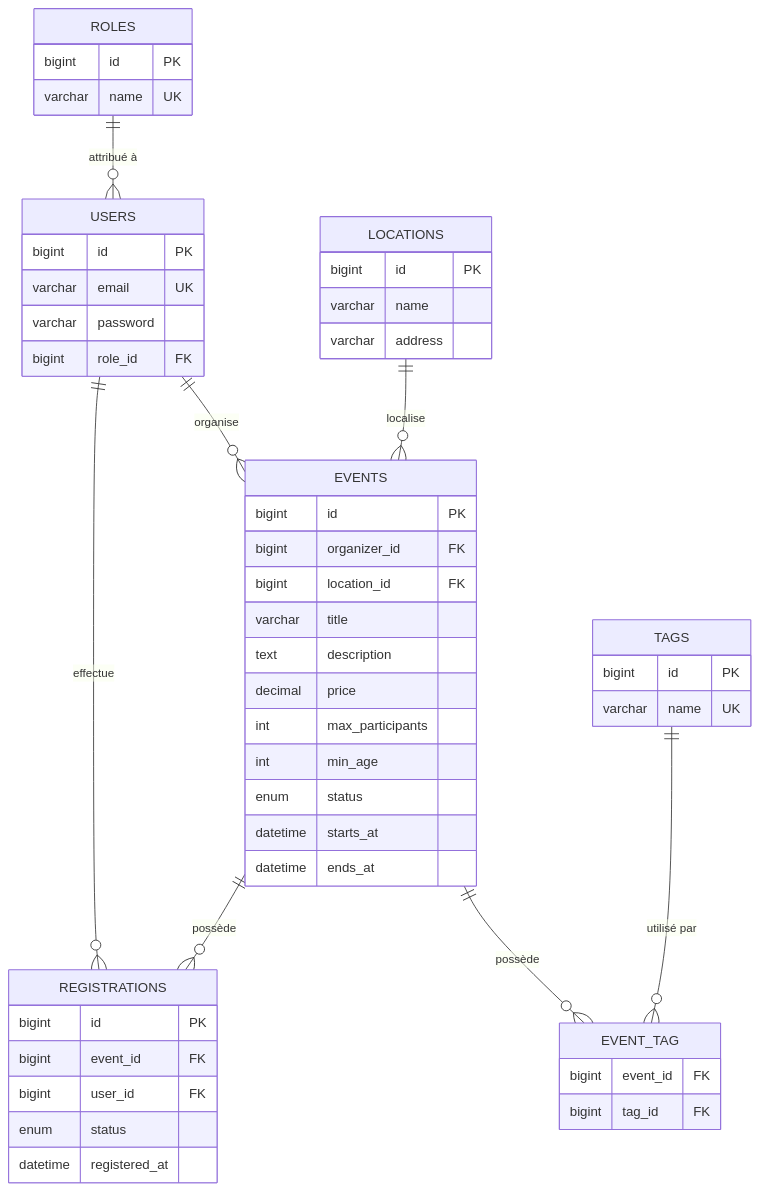
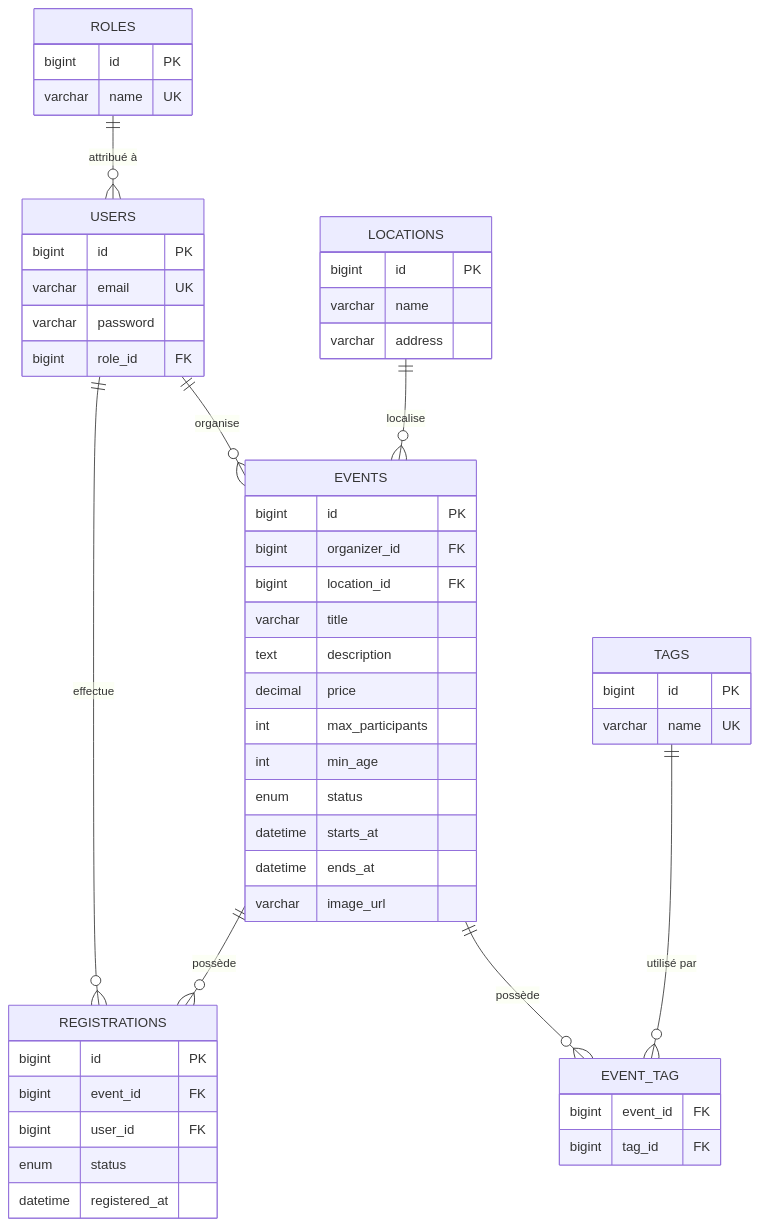
Before and after one commit to HE-Arc/Planora: the diagram in dataBase.md, drawn with Mermaid. The commit also changed 6 other files, not shown here.

````diff
--- a/dataBase.md
+++ b/dataBase.md
@@ -3,65 +3,66 @@
 ```mermaid
 erDiagram
 
     USERS {
         bigint id PK
         varchar email UK
         varchar password
         bigint role_id FK
     }
 
     ROLES {
         bigint id PK
         varchar name UK
     }
 
     EVENTS {
         bigint id PK
         bigint organizer_id FK
         bigint location_id FK
         varchar title
         text description
         decimal price
         int max_participants
         int min_age
         enum status
         datetime starts_at
         datetime ends_at
+        varchar image_url
     }
 
     REGISTRATIONS {
         bigint id PK
         bigint event_id FK
         bigint user_id FK
         enum status
         datetime registered_at
     }
 
     TAGS {
         bigint id PK
         varchar name UK
     }
 
     EVENT_TAG {
         bigint event_id FK
         bigint tag_id FK
     }
 
     LOCATIONS {
         bigint id PK
         varchar name
         varchar address
     }
 
     ROLES ||--o{ USERS : "attribué à"
 
     USERS ||--o{ EVENTS : "organise"
     USERS ||--o{ REGISTRATIONS : "effectue"
 
     EVENTS ||--o{ REGISTRATIONS : "possède"
 
     EVENTS ||--o{ EVENT_TAG : "possède"
     TAGS ||--o{ EVENT_TAG : "utilisé par"
 
     LOCATIONS ||--o{ EVENTS : "localise"
 ```
````
